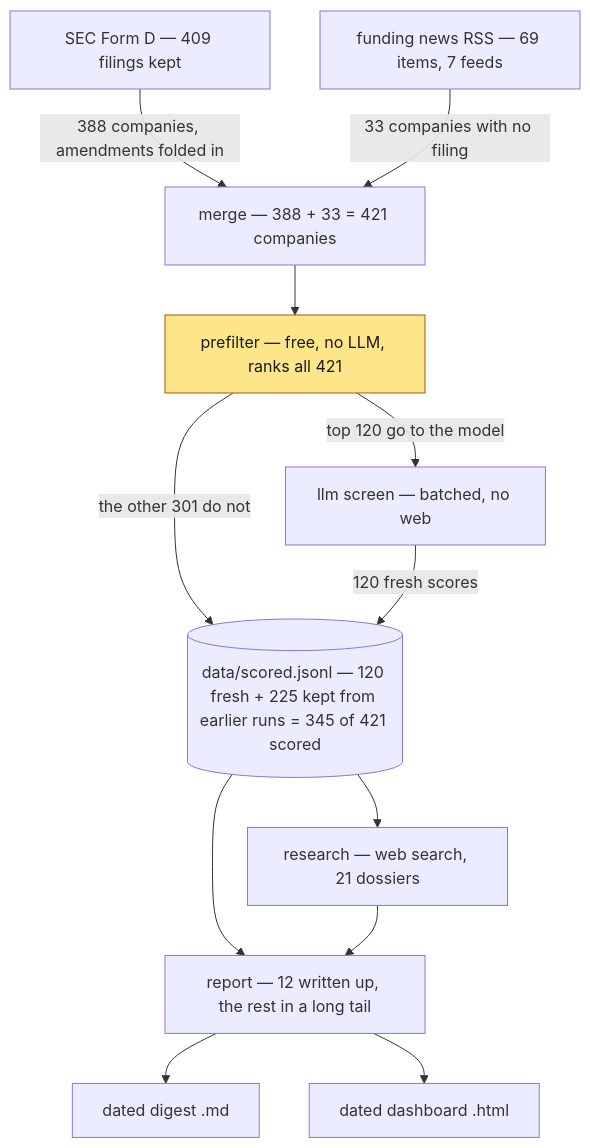
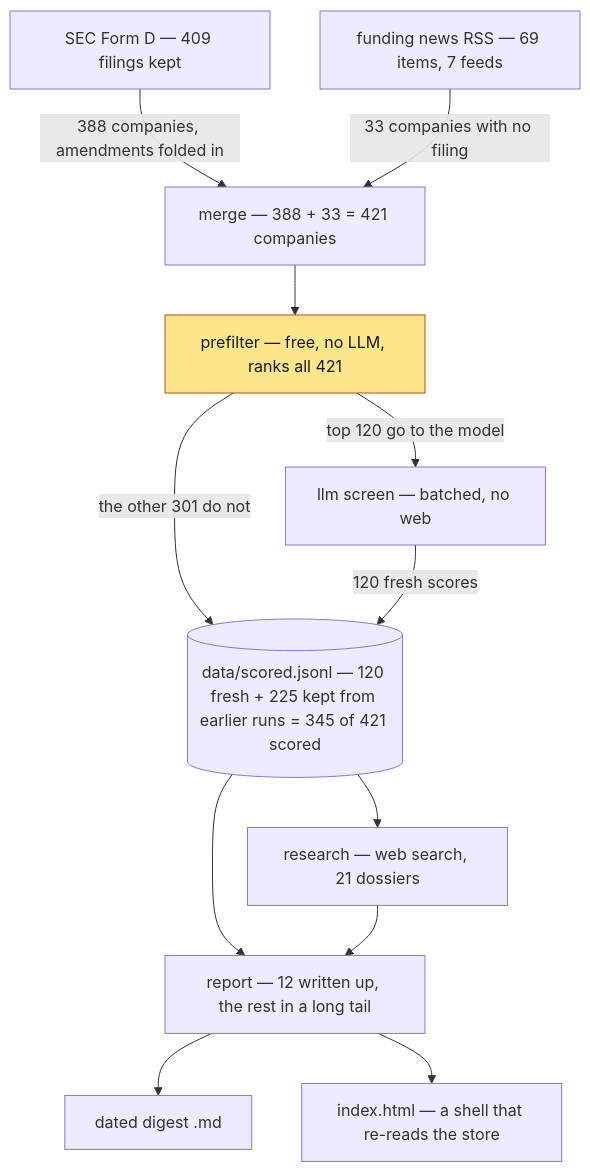
Before and after one commit to zerolocker/startup-finder: the diagram in README.md, drawn with Mermaid. The commit also changed other lines of this file and 15 other files, not shown here.

First line of the commit message:
Make the dashboard a data-free shell served over HTTP

````diff
--- a/README.md
+++ b/README.md
@@ -38,18 +43,18 @@
 ```mermaid
 flowchart TD
     A["SEC Form D — 409 filings kept"] -->|"388 companies, amendments folded in"| C
     B["funding news RSS — 69 items, 7 feeds"] -->|"33 companies with no filing"| C
     C["merge — 388 + 33 = 421 companies"] --> D
     D["prefilter — free, no LLM, ranks all 421"]
     D -->|"top 120 go to the model"| E
     D -->|"the other 301 do not"| S
     E["llm screen — batched, no web"] -->|"120 fresh scores"| S
     S[("data/scored.jsonl — 120 fresh + 225 kept from earlier runs = 345 of 421 scored")]
     S --> F & R
     F["research — web search, 21 dossiers"] --> R
     R["report — 12 written up, the rest in a long tail"] --> G["dated digest .md"]
-    R --> H["dated dashboard .html"]
+    R --> H["index.html — a shell that re-reads the store"]
 
     classDef gate fill:#fde68a,stroke:#b45309,color:#1a1a19
     class D gate
 ```
````
